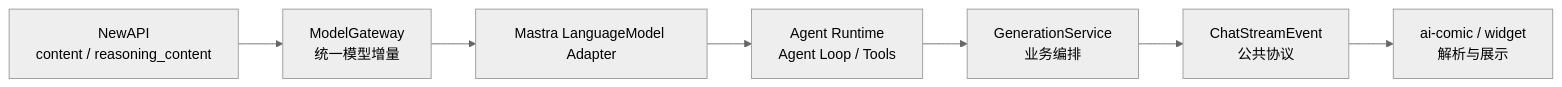
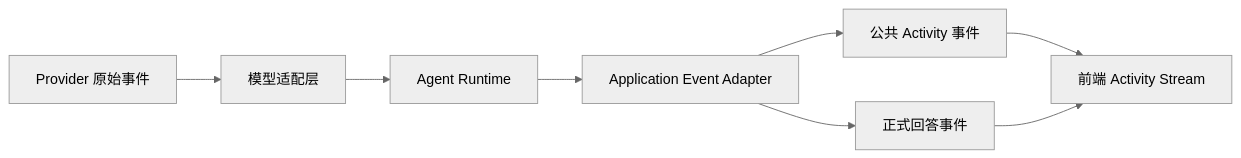
One commit to zhanglun/zhanglun.github.io changed the second of 2 diagrams in src/content/blogs/2026-08-28-agent-activity-stream-codex-style.md. Above: the diagram before and after it, drawn with Mermaid (neutral theme). The commit also changed other lines of this file, not shown here.

Commit message:
feat: agent stream

````diff
--- a/src/content/blogs/2026-08-28-agent-activity-stream-codex-style.md
+++ b/src/content/blogs/2026-08-28-agent-activity-stream-codex-style.md
@@ -144,12 +970,10 @@
 ```mermaid
 flowchart LR
-    N[NewAPI\ncontent / reasoning_content]
-    G[ModelGateway\n统一模型增量]
-    M[Mastra LanguageModel Adapter]
-    R[Agent Runtime\nAgent Loop / Tools]
-    S[GenerationService\n业务编排]
-    P[ChatStreamEvent\n公共协议]
-    F[ai-comic / widget\n解析与展示]
-
-    N --> G --> M --> R --> S --> P --> F
+    P[Provider 原始事件] --> M[模型适配层]
+    M --> R[Agent Runtime]
+    R --> A[Application Event Adapter]
+    A --> E[公共 Activity 事件]
+    A --> T[正式回答事件]
+    E --> U[前端 Activity Stream]
+    T --> U
 ```
````
